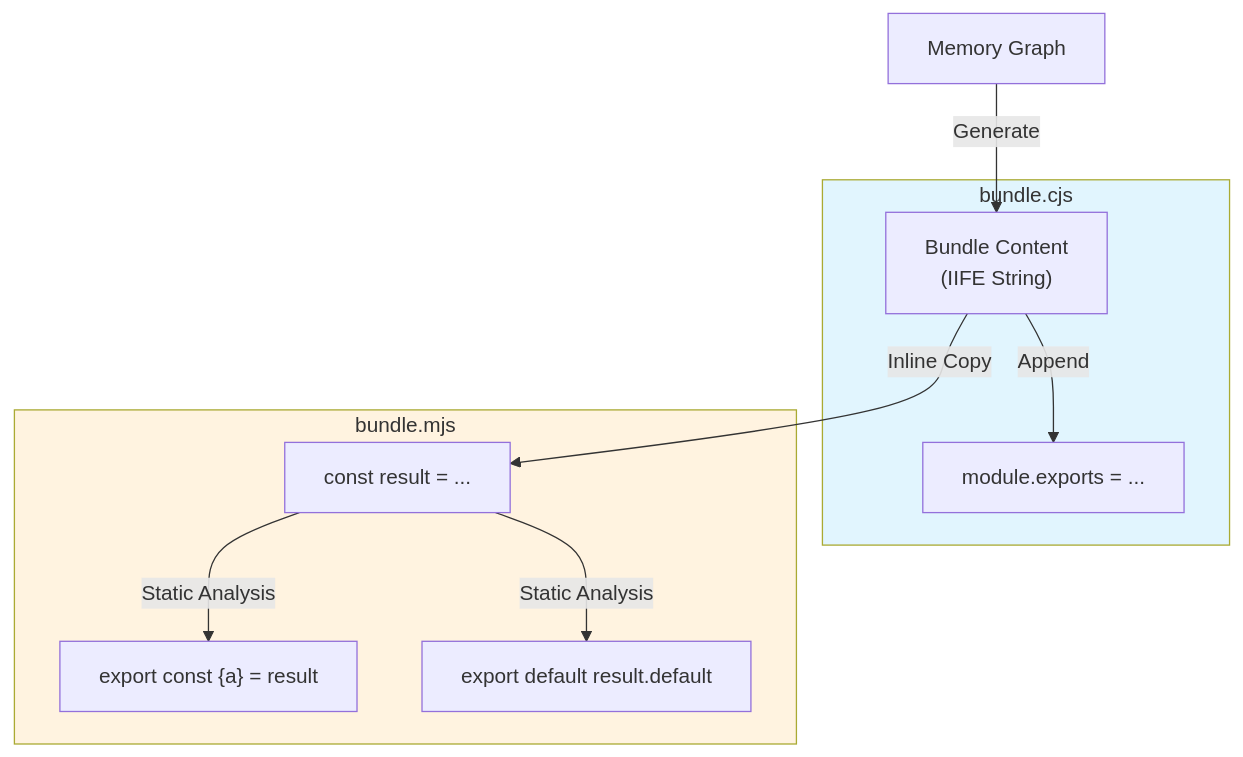
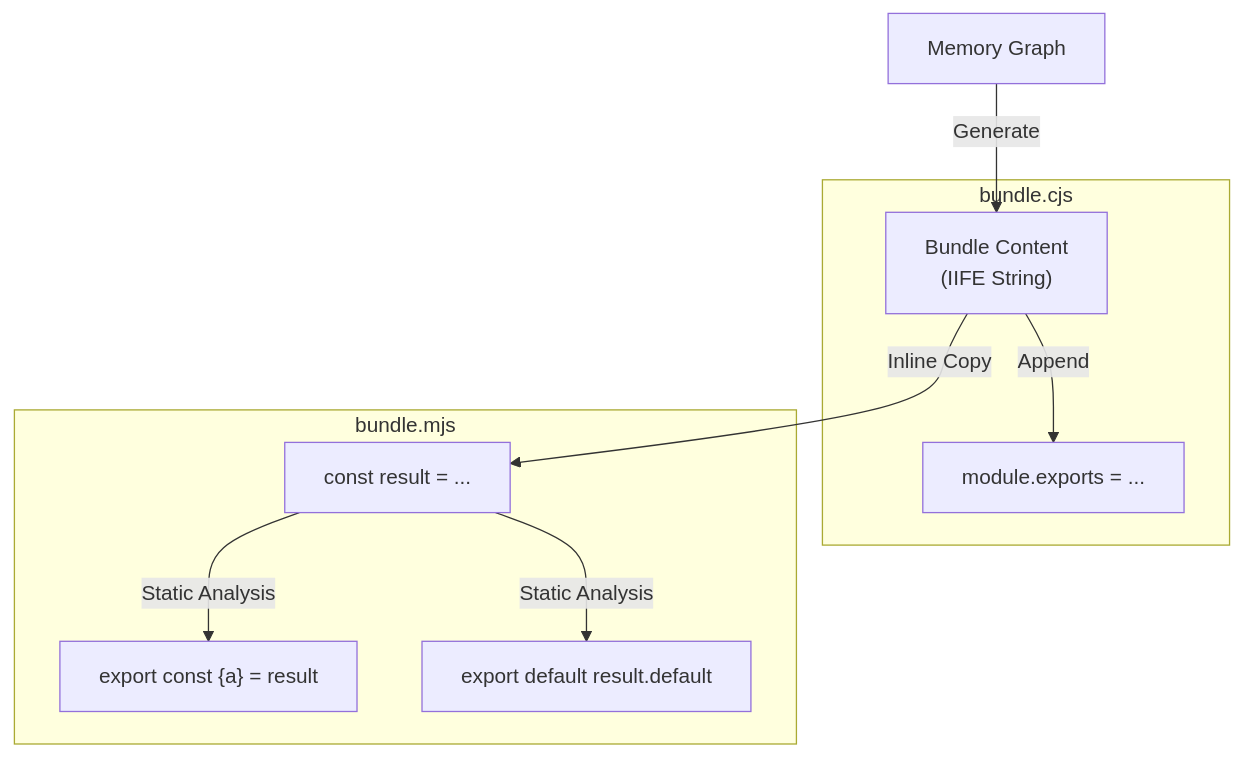
Before and after one commit to Han5991/fe-lab: the third of 3 diagrams in apps/blog/posts/bundler/step-3-bundle.md, drawn with Mermaid. The commit also changed other lines of this file and 3 other files, not shown here.

First line of the commit message:
docs(bundler): SourceMap 개념 및 ESM-CJS 비교 문서화 개선

````diff
--- a/apps/blog/posts/bundler/step-3-bundle.md
+++ b/apps/blog/posts/bundler/step-3-bundle.md
@@ -111,17 +126,14 @@
 ```mermaid
 flowchart TD
     Graph[Memory Graph] -->|Generate| Core["Bundle Content<br/>(IIFE String)"]
 
     subgraph CJS [bundle.cjs]
         Core -->|Append| CJS_Exp["module.exports = ..."]
     end
 
     subgraph ESM [bundle.mjs]
         Core -->|Inline Copy| Wrapper["const result = ..."]
         Wrapper -->|Static Analysis| Named["export const {a} = result"]
         Wrapper -->|Static Analysis| Default["export default result.default"]
     end
-
-    style CJS fill:#e1f5fe
-    style ESM fill:#fff3e0
 ```
````
